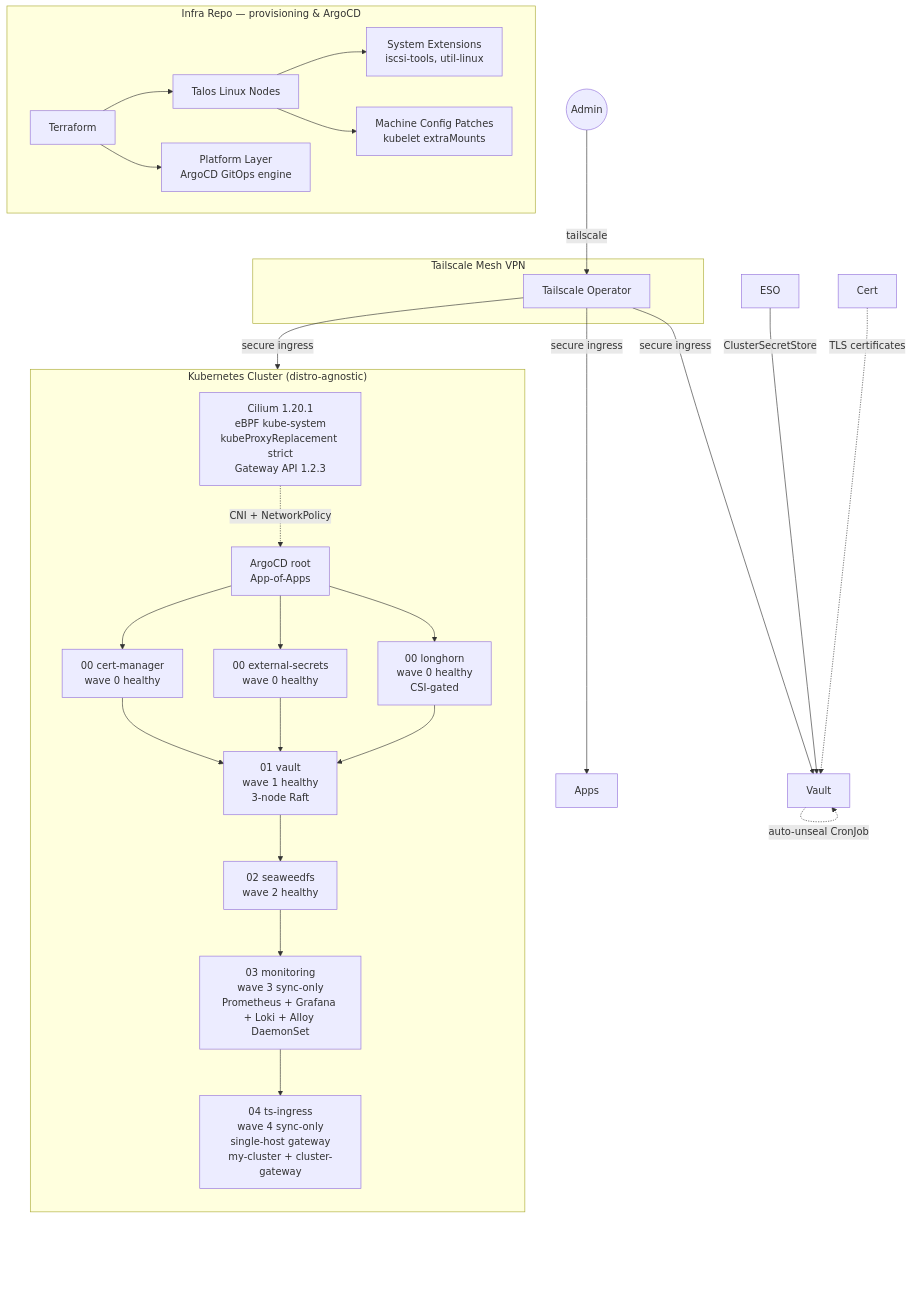
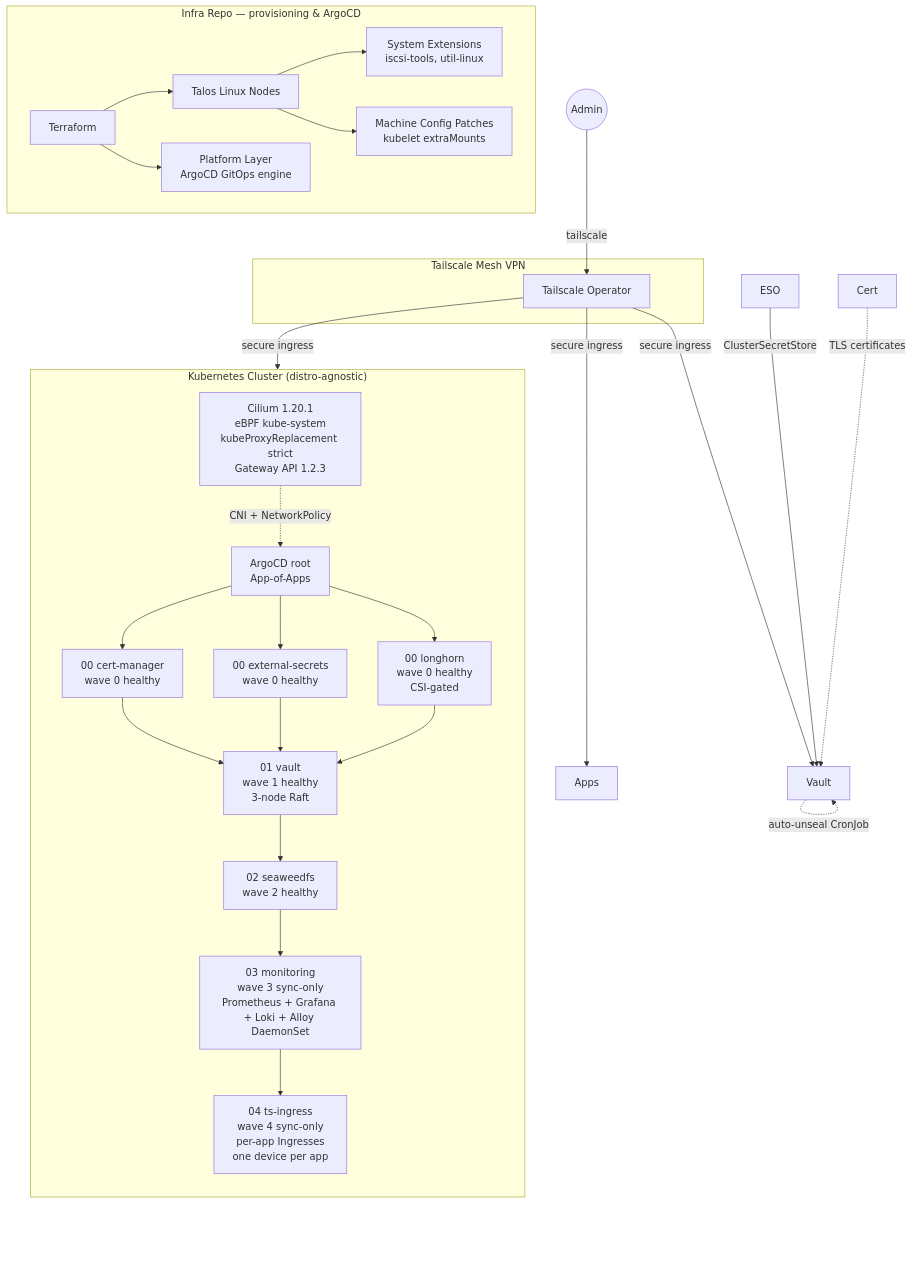
One commit to Seom88/secured-gitops-tailscale-homelab changed the diagram in README.md. Above: the diagram before and after it, drawn with Mermaid. The commit also changed other lines of this file and 11 other files, not shown here.

First line of the commit message:
docs: per-app Tailscale ingresses supersede single-host gateway

````diff
--- a/README.md
+++ b/README.md
@@ -77,47 +77,47 @@
 ```mermaid
 graph TD
     subgraph "Infra Repo — provisioning & ArgoCD"
         TF[Terraform]
         TALOS[Talos Linux Nodes]
         EXT[System Extensions<br/>iscsi-tools, util-linux]
         PATCH[Machine Config Patches<br/>kubelet extraMounts]
         PLATFORM[Platform Layer<br/>ArgoCD GitOps engine]
         TF --> TALOS
         TALOS --> EXT
         TALOS --> PATCH
         TF --> PLATFORM
     end
 
     subgraph "Tailscale Mesh VPN"
         TS[Tailscale Operator]
     end
 
     subgraph "Kubernetes Cluster (distro-agnostic)"
         direction TB
         CILIUM[Cilium 1.20.1<br/>eBPF kube-system<br/>kubeProxyReplacement strict<br/>Gateway API 1.2.3]
         ROOT[ArgoCD root<br/>App-of-Apps]
         W0A[00 cert-manager<br/>wave 0 healthy]
         W0B[00 external-secrets<br/>wave 0 healthy]
         W0C[00 longhorn<br/>wave 0 healthy<br/>CSI-gated]
         W1[01 vault<br/>wave 1 healthy<br/>3-node Raft]
         W2[02 seaweedfs<br/>wave 2 healthy]
         W3[03 monitoring<br/>wave 3 sync-only<br/>Prometheus + Grafana + Loki + Alloy DaemonSet]
-        W4[04 ts-ingress<br/>wave 4 sync-only<br/>single-host gateway<br/>my-cluster + cluster-gateway]
+        W4[04 ts-ingress<br/>wave 4 sync-only<br/>per-app Ingresses<br/>one device per app]
 
         CILIUM -.->|CNI + NetworkPolicy| ROOT
         ROOT --> W0A & W0B & W0C
         W0A & W0B & W0C --> W1
         W1 --> W2
         W2 --> W3
         W3 --> W4
     end
 
     User((Admin)) -->|tailscale| TS
     TS -->|secure ingress| ROOT
     TS -->|secure ingress| Vault
     TS -->|secure ingress| Apps
 
     ESO -->|ClusterSecretStore| Vault
     Vault -.->|auto-unseal CronJob| Vault
     Cert -.->|TLS certificates| Vault
 ```
````
